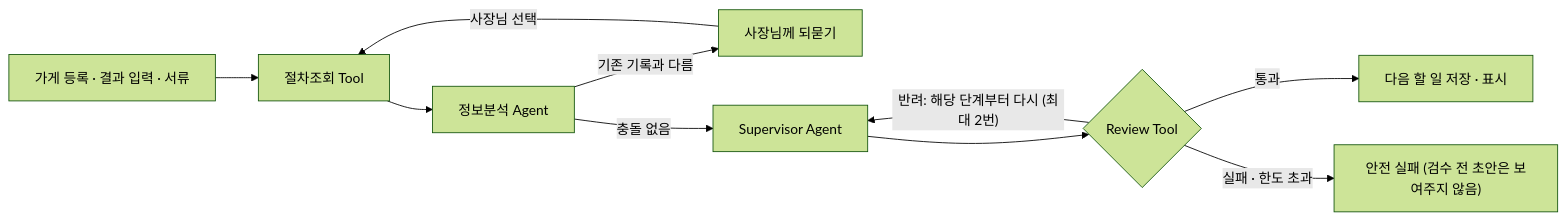
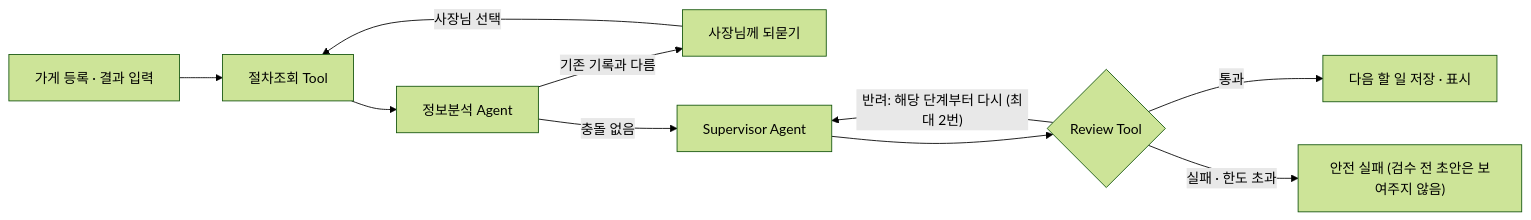
Before and after one commit to kakaotechcampus-4/ktc4-kangwon-4: the diagram in docs/agent/why-this-design.md, drawn with Mermaid (forest theme). The commit also changed other lines of this file and 2 other files, not shown here.

````diff
--- a/docs/agent/why-this-design.md
+++ b/docs/agent/why-this-design.md
@@ -63,10 +63,10 @@
 ```mermaid
 flowchart LR
-  IN["가게 등록 · 결과 입력 · 서류"] --> P["절차조회 Tool"] --> I["정보분석 Agent"]
+  IN["가게 등록 · 결과 입력"] --> P["절차조회 Tool"] --> I["정보분석 Agent"]
   I -- "기존 기록과 다름" --> C["사장님께 되묻기"]
   C -- "사장님 선택" --> P
   I -- "충돌 없음" --> S["Supervisor Agent"] --> R{"Review Tool"}
   R -- "통과" --> OK["다음 할 일 저장 · 표시"]
   R -- "반려: 해당 단계부터 다시 (최대 2번)" --> S
   R -- "실패 · 한도 초과" --> F["안전 실패 (검수 전 초안은 보여주지 않음)"]
 ```
````
